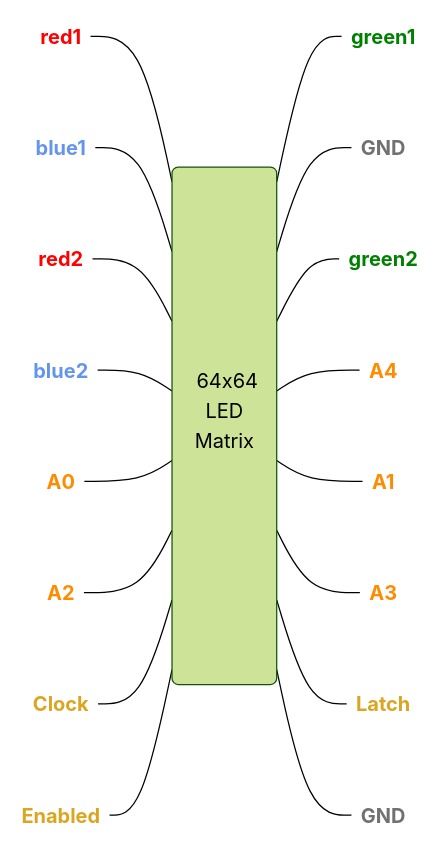
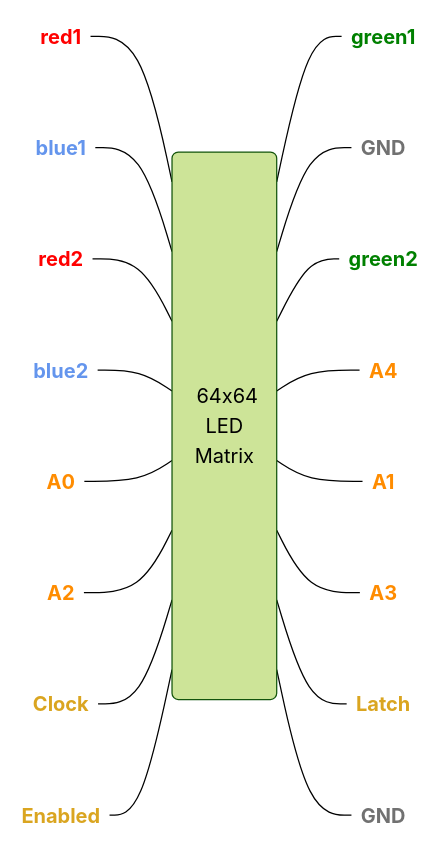
The second of 2 diagrams in src/articles/illumindex.md (zbauman3/zanebauman.com), drawn with Mermaid (forest theme) before and after one commit. The commit also changed other lines of this file and 5 other files, not shown here.

````diff
--- a/src/articles/illumindex.md
+++ b/src/articles/illumindex.md
@@ -94,81 +112,51 @@
 ```mermaid
 flowchart LR
-  matrix@{ shape: rounded, label: "\n&nbsp;\n&nbsp;\n&nbsp;\n&nbsp;\n&nbsp;\n&nbsp;\n&nbsp;64x64\nLED\nMatrix\n&nbsp;\n&nbsp;\n&nbsp;\n&nbsp;\n&nbsp;\n&nbsp;\n&nbsp;" }
+  matrix@{ shape: rounded, label: "\n&nbsp;\n&nbsp;\n&nbsp;\n&nbsp;\n&nbsp;\n&nbsp;\n&nbsp;\n&nbsp;64x64\nLED\nMatrix\n&nbsp;\n&nbsp;\n&nbsp;\n&nbsp;\n&nbsp;\n&nbsp;\n&nbsp;" }
 
-  gnd1@{ shape: text, label: "GND" }
-  gnd2@{ shape: text, label: "GND" }
-
-  red1@{ shape: text }
-  green1@{ shape: text }
-  blue1@{ shape: text }
-
-  red2@{ shape: text }
-  green2@{ shape: text }
-  blue2@{ shape: text }
-
-  A4@{ shape: text }
-  A0@{ shape: text }
-  A1@{ shape: text }
-  A2@{ shape: text }
-  A3@{ shape: text }
-
-  Clock@{ shape: text }
-  Latch@{ shape: text }
-  Enabled@{ shape: text }
-
-  red1 --- matrix
-  blue1 --- matrix
-  red2 --- matrix
-  blue2 --- matrix
-  A0 --- matrix
-  A2 --- matrix
-  Clock --- matrix
-  Enabled --- matrix
-
-  matrix --- green1
-  matrix --- gnd1
-  matrix --- green2
-  matrix --- A4
-  matrix --- A1
-  matrix --- A3
-  matrix --- Latch
-  matrix --- gnd2
+  red1@{ shape: text } --- matrix --- green1@{ shape: text }
+  blue1@{ shape: text } --- matrix --- gnd1@{ shape: text, label: "GND" }
+  red2@{ shape: text } --- matrix --- green2@{ shape: text }
+  blue2@{ shape: text } --- matrix --- A4@{ shape: text }
+  A0@{ shape: text } --- matrix --- A1@{ shape: text }
+  A2@{ shape: text } --- matrix --- A3@{ shape: text }
+  Clock@{ shape: text } --- matrix --- Latch@{ shape: text }
+  Enabled@{ shape: text } --- matrix --- gnd2@{ shape: text, label: "GND" }
 
   class red1 squishedText
   style red1 color:red,font-weight:bold
   class red2 squishedText
   style red2 color:red,font-weight:bold
 
   class green1 squishedText
   style green1 color:green,font-weight:bold
   class green2 squishedText
   style green2 color:green,font-weight:bold
 
   class blue1 squishedText
   style blue1 color:cornflowerblue,font-weight:bold
   class blue2 squishedText
   style blue2 color:cornflowerblue,font-weight:bold
 
   class gnd1 squishedText
   style gnd1 color:#717171,font-weight:bold
   class gnd2 squishedText
   style gnd2 color:#717171,font-weight:bold
 
   class A0 squishedText
   style A0 color:darkorange,font-weight:bold
   class A1 squishedText
   style A1 color:darkorange,font-weight:bold
   class A2 squishedText
   style A2 color:darkorange,font-weight:bold
   class A3 squishedText
   style A3 color:darkorange,font-weight:bold
   class A4 squishedText
   style A4 color:darkorange,font-weight:bold
 
   class Clock squishedText
   style Clock color:goldenrod,font-weight:bold
   class Latch squishedText
   style Latch color:goldenrod,font-weight:bold
   class Enabled squishedText
   style Enabled color:goldenrod,font-weight:bold
 ```
````
